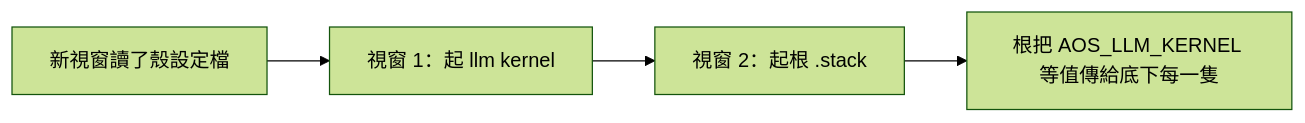
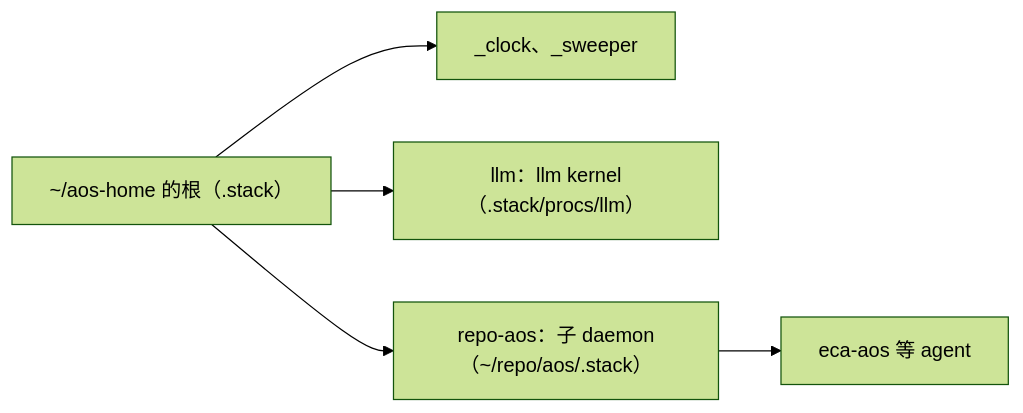
Before and after one commit to justty32/aos: the diagram in wf/workflows/dev-env/03-換機.md, drawn with Mermaid (forest theme). The commit also changed other lines of this file and 9 other files, not shown here.

````diff
--- a/wf/workflows/dev-env/03-換機.md
+++ b/wf/workflows/dev-env/03-換機.md
@@ -92,6 +94,7 @@
 ```mermaid
 flowchart LR
-    Z[新視窗讀了殼設定檔] --> L[視窗 1：起 llm kernel]
-    L --> R[視窗 2：起根 .stack]
-    R --> A[根把 AOS_LLM_KERNEL 等值傳給底下每一隻]
+    H["~/aos-home 的根（.stack）"] --> C[_clock、_sweeper]
+    H --> L["llm：llm kernel（.stack/procs/llm）"]
+    H --> R["repo-aos：子 daemon（~/repo/aos/.stack）"]
+    R --> E[eca-aos 等 agent]
 ```
````
